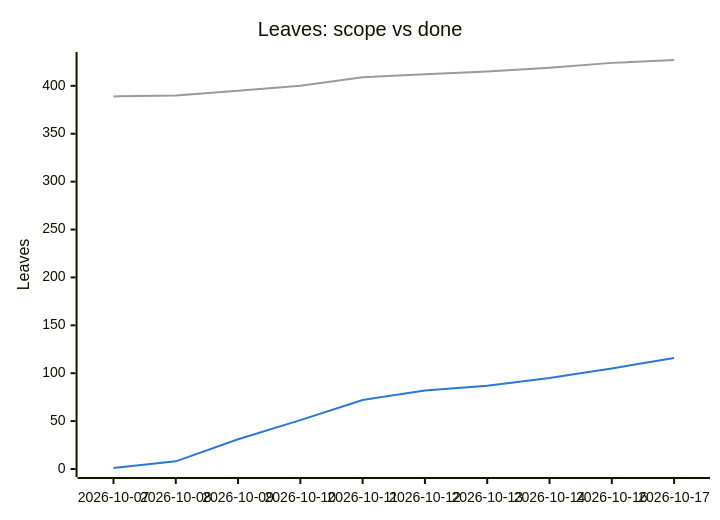
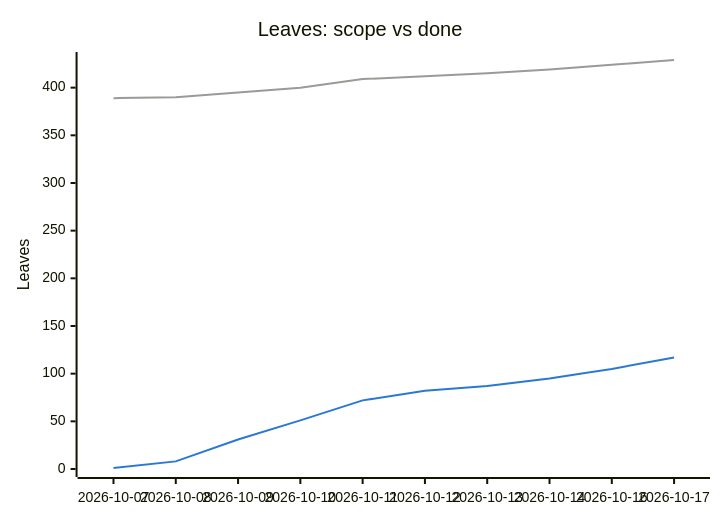
The second of 2 diagrams in PROGRESS.md (tomiok/persiaDB), drawn with Mermaid before and after one commit. The commit also changed other lines of this file and 2 other files, not shown here.

Commit message:
chore(roadmap): tick 2.3.6; add 2.4.20

````diff
--- a/PROGRESS.md
+++ b/PROGRESS.md
@@ -105,14 +105,14 @@
 ```mermaid
 ---
 config:
   themeVariables:
     xyChart:
       plotColorPalette: "#9a9a96, #2a78d6"
 ---
 xychart-beta
   title "Leaves: scope vs done"
   x-axis ["2026-10-07", "2026-10-08", "2026-10-09", "2026-10-10", "2026-10-11", "2026-10-12", "2026-10-13", "2026-10-14", "2026-10-16", "2026-10-17"]
-  y-axis "Leaves" 0 --> 427
-  line [389, 390, 395, 400, 409, 412, 415, 419, 424, 427]
-  line [1, 8, 31, 51, 72, 82, 87, 95, 105, 116]
+  y-axis "Leaves" 0 --> 429
+  line [389, 390, 395, 400, 409, 412, 415, 419, 424, 429]
+  line [1, 8, 31, 51, 72, 82, 87, 95, 105, 117]
 ```
````
